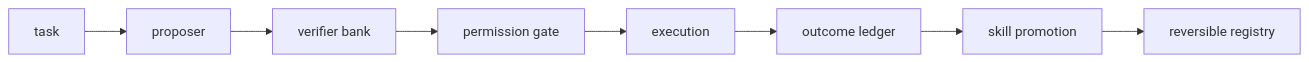
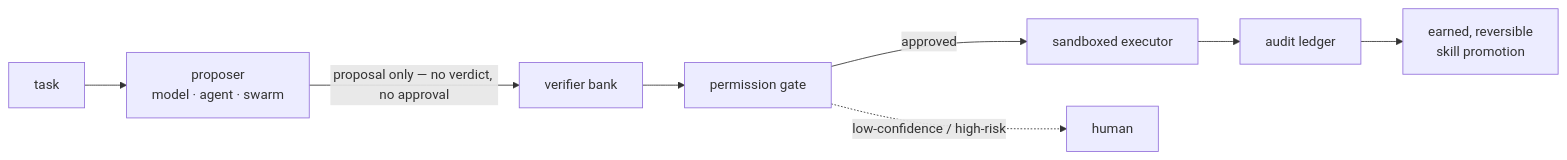
One commit to driivai/Promethyn changed the diagram in README.md. Above: the diagram before and after it, drawn with Mermaid. The commit also changed other lines of this file, not shown here.

````diff
--- a/README.md
+++ b/README.md
@@ -72,10 +63,10 @@
 ```mermaid
 flowchart LR
-    T[task] --> P[proposer]
-    P --> V[verifier bank]
+    T[task] --> P[proposer<br/>model · agent · swarm]
+    P -->|proposal only — no verdict, no approval| V[verifier bank]
     V --> G[permission gate]
-    G --> X[execution]
-    X --> L[outcome ledger]
-    L --> PR[skill promotion]
-    PR --> R[reversible registry]
+    G -->|approved| X[sandboxed executor]
+    G -.->|low-confidence / high-risk| H[human]
+    X --> L[audit ledger]
+    L --> PR[earned, reversible<br/>skill promotion]
 ```
````
